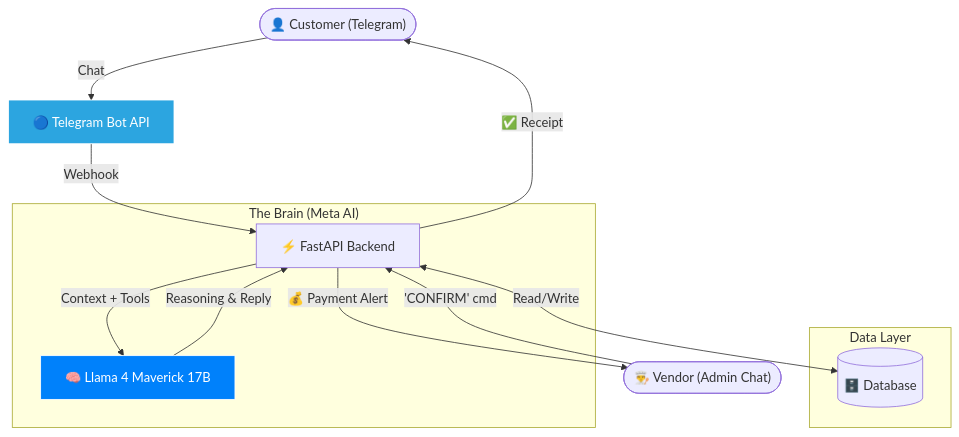
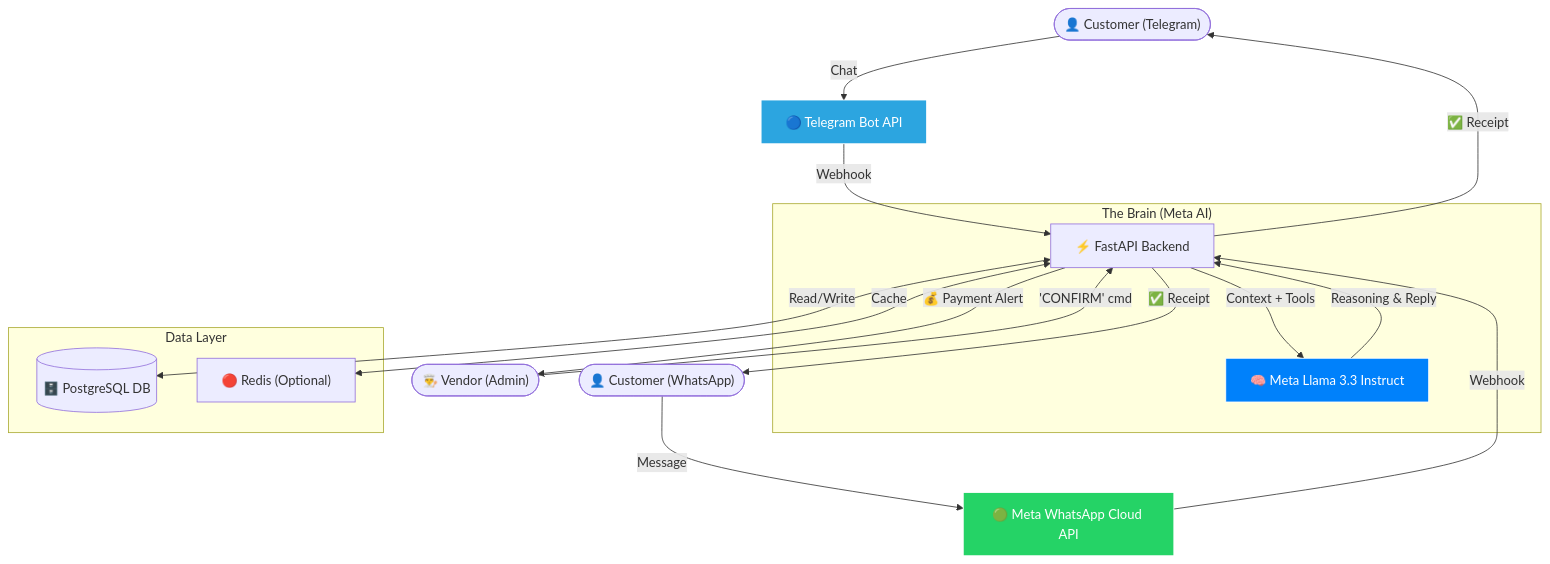
Before and after one commit to haleemakintayo/Bukka_AI: the diagram in README.md, drawn with Mermaid. The commit also changed other lines of this file and 2 other files, not shown here.

Commit message:
feat: add WhatsApp Cloud API integration with webhook handlers and message sender

````diff
--- a/README.md
+++ b/README.md
@@ -26,24 +27,30 @@
 ```mermaid
 graph TD
-    User(["👤 Customer (Telegram)"]) -->|Chat| TAPI["🔵 Telegram Bot API"]
+    TUser(["👤 Customer (Telegram)"]) -->|Chat| TAPI["🔵 Telegram Bot API"]
+    WUser(["👤 Customer (WhatsApp)"]) -->|Message| WAPI["🟢 Meta WhatsApp Cloud API"]
+    
     TAPI -->|Webhook| API["⚡ FastAPI Backend"]
+    WAPI -->|Webhook| API
      
     subgraph "The Brain (Meta AI)"
-        API -->|Context + Tools| L4["🧠 Llama 4 Maverick 17B"]
+        API -->|Context + Tools| L4["🧠 Meta Llama 3.3 Instruct"]
         L4 -->|Reasoning & Reply| API
     end
      
     subgraph "Data Layer"
-        API <-->|Read/Write| DB[("🗄️ Database")]
+        API <-->|Read/Write| DB[("🗄️ PostgreSQL DB")]
+        API <-->|Cache| REDIS["🔴 Redis (Optional)"]
     end
      
-    API -->|💰 Payment Alert| Owner(["👨‍🍳 Vendor (Admin Chat)"])
+    API -->|💰 Payment Alert| Owner(["👨‍🍳 Vendor (Admin)"])
     Owner -->|'CONFIRM' cmd| API
-    API -->|✅ Receipt| User
+    API -->|✅ Receipt| TUser
+    API -->|✅ Receipt| WUser
 
     classDef meta fill:#0081FB,stroke:#fff,color:#fff;
     classDef tele fill:#2CA5E0,stroke:#fff,color:#fff;
+    classDef whatsapp fill:#25D366,stroke:#fff,color:#fff;
     class L4 meta;
     class TAPI tele;
-
+    class WAPI whatsapp;
 ```
````
